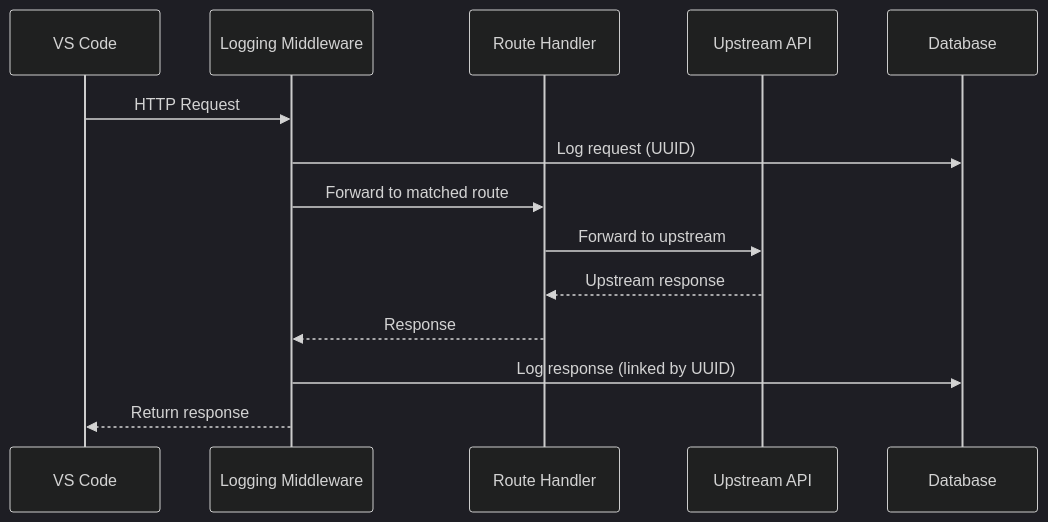
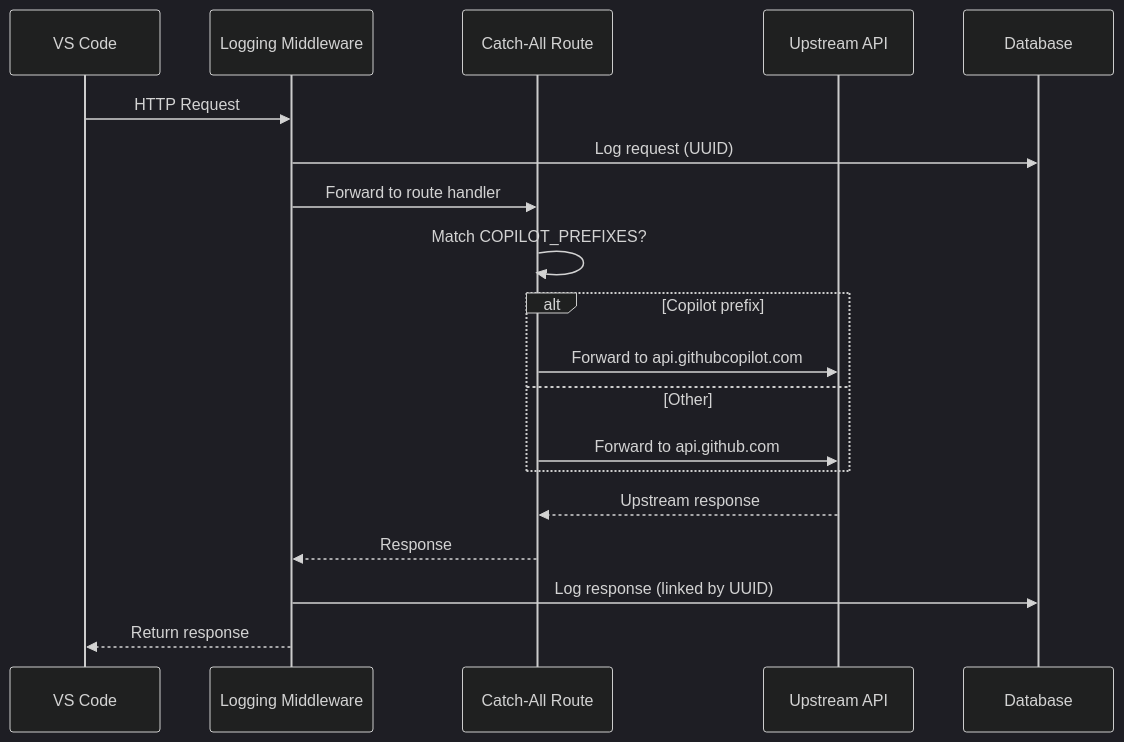
The second of 2 diagrams in docs/proxy-service/index.md (bitspire-team/bitspire-learn), drawn with Mermaid (dark theme) before and after one commit. The commit also changed other lines of this file and 10 other files, not shown here.

````diff
--- a/docs/proxy-service/index.md
+++ b/docs/proxy-service/index.md
@@ -25,17 +25,22 @@
 ```mermaid
 sequenceDiagram
     participant VS as VS Code
     participant MW as Logging Middleware
-    participant RT as Route Handler
+    participant RT as Catch-All Route
     participant UP as Upstream API
     participant DB as Database
 
     VS->>MW: HTTP Request
     MW->>DB: Log request (UUID)
-    MW->>RT: Forward to matched route
-    RT->>UP: Forward to upstream
+    MW->>RT: Forward to route handler
+    RT->>RT: Match COPILOT_PREFIXES?
+    alt Copilot prefix
+        RT->>UP: Forward to api.githubcopilot.com
+    else Other
+        RT->>UP: Forward to api.github.com
+    end
     UP-->>RT: Upstream response
     RT-->>MW: Response
     MW->>DB: Log response (linked by UUID)
     MW-->>VS: Return response
 ```
````
